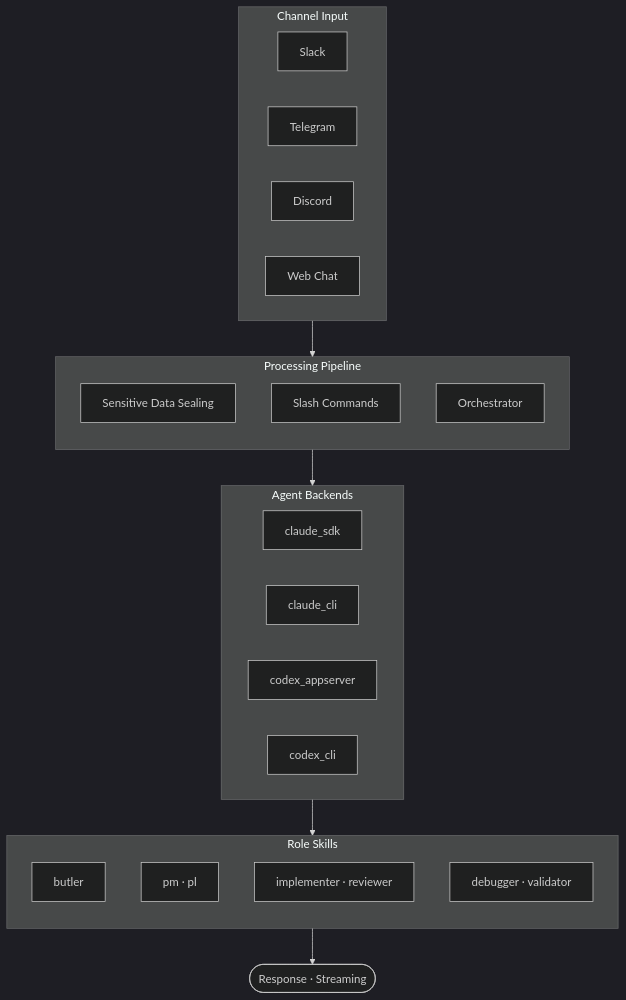
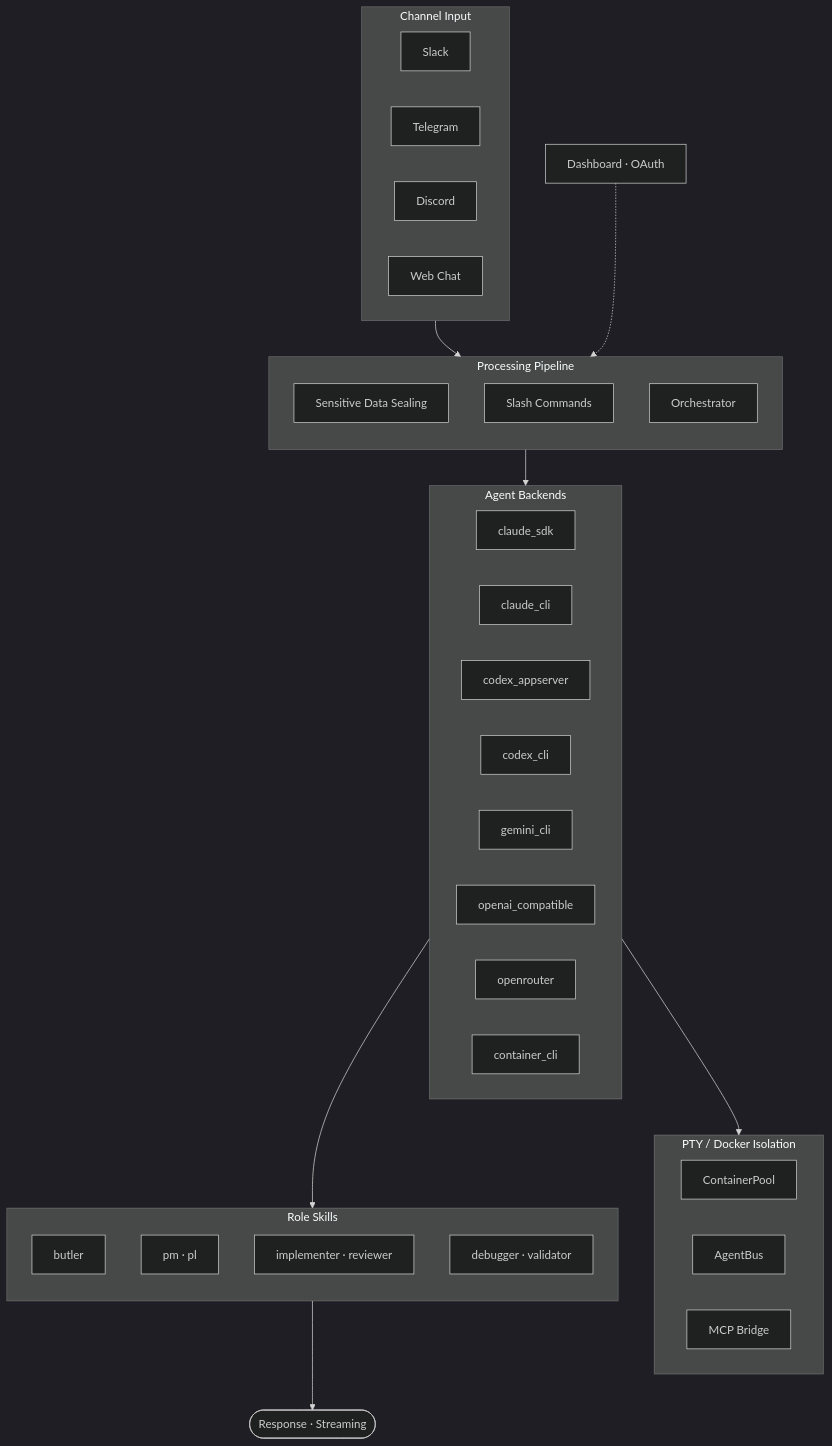
The diagram in docs/README.en.md (berrzebb/SoulFlow-Orchestrator), drawn with Mermaid (dark theme) before and after one commit. The commit also changed other lines of this file and 228 other files, not shown here.

First line of the commit message:
feat(agent): PTY/컨테이너 백엔드 18모듈 · 대시보드 22라우트 분리 · 오케스트레이터 5모듈 분해

````diff
--- a/docs/README.en.md
+++ b/docs/README.en.md
@@ -23,38 +23,53 @@
 ```mermaid
 flowchart TD
     subgraph Channels["Channel Input"]
         direction LR
         SL[Slack]
         TG[Telegram]
         DS[Discord]
         WEB[Web Chat]
     end
 
     subgraph Pipeline["Processing Pipeline"]
         direction TB
         SEAL[Sensitive Data Sealing]
         CMD[Slash Commands]
         ORCH[Orchestrator]
     end
 
     subgraph Backends["Agent Backends"]
         direction LR
         CSDK[claude_sdk]
         CCLI[claude_cli]
         CAPPS[codex_appserver]
         CCLIX[codex_cli]
+        GCLI[gemini_cli]
+        OAI[openai_compatible]
+        ORT[openrouter]
+        CTR[container_cli]
+    end
+
+    subgraph PTY["PTY / Docker Isolation"]
+        direction LR
+        POOL[ContainerPool]
+        BUS[AgentBus]
+        BRIDGE[MCP Bridge]
     end
 
     subgraph Skills["Role Skills"]
         direction TB
         BT[butler]
         PM[pm · pl]
         IMPL[implementer · reviewer]
         DBG[debugger · validator]
     end
 
+    DASH[Dashboard · OAuth]
+
     Channels --> Pipeline
     Pipeline --> Backends
+    CTR --> PTY
     Backends --> Skills
     Skills --> OUT([Response · Streaming])
+    DASH -.-> Pipeline
 ```
````
